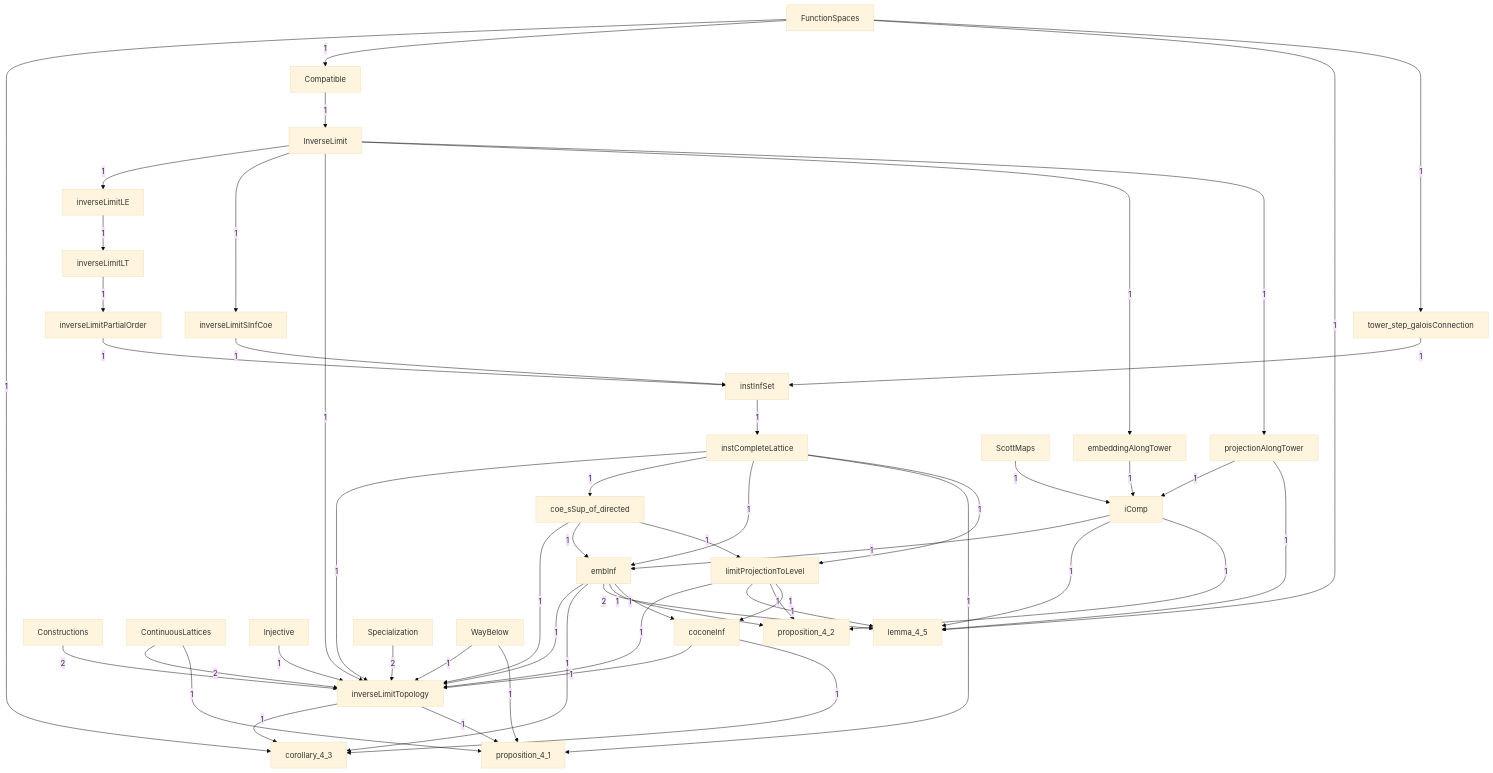
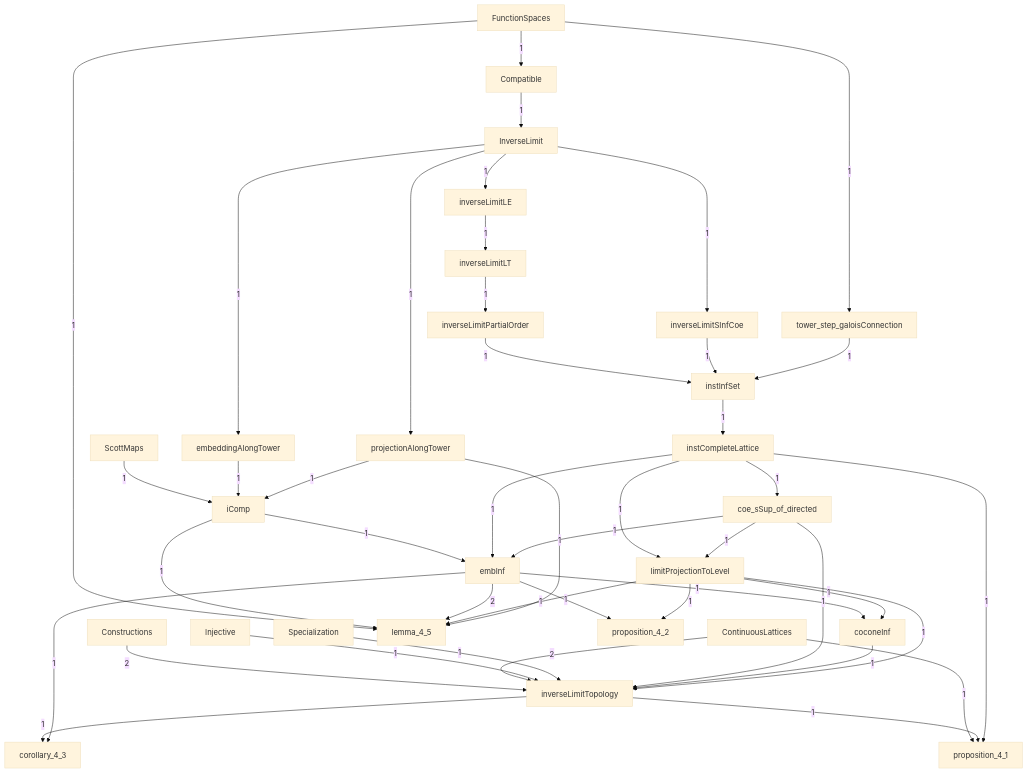
The diagram in DomainTheory/ContinuousLattice/InverseLimits/InverseLimits.mermaid (catskillsresearch/DomainTheory), drawn with Mermaid (base theme) before and after one commit. The commit also changed 156 other files, not shown here.

```diff
--- a/DomainTheory/ContinuousLattice/InverseLimits/InverseLimits.mermaid
+++ b/DomainTheory/ContinuousLattice/InverseLimits/InverseLimits.mermaid
@@ -1,88 +1,79 @@
 %% Inside InverseLimits. A box is one Lean file in this folder, or one subfolder.
 %% A box named as another folder is that whole folder. A box named as another chapter is that whole chapter.
 %% The arrowhead points at the file or folder that imports. The label is how many direct imports.
 flowchart TB
 
   N9["coconeInf"]
   N59["coe_sSup_of_directed"]
   N7["Compatible"]
   N0["Constructions"]
   N1["ContinuousLattices"]
   N69["corollary_4_3"]
   embeddingAlongTower["embeddingAlongTower"]
   N61["embInf"]
   N2["FunctionSpaces"]
   N34["iComp"]
   N3["Injective"]
   N58["instCompleteLattice"]
   instInfSet["instInfSet"]
   N8["InverseLimit"]
   N19["inverseLimitLE"]
   N23["inverseLimitLT"]
   N25["inverseLimitPartialOrder"]
   N26["inverseLimitSInfCoe"]
   N27["inverseLimitTopology"]
   N75["lemma_4_5"]
   limitProjectionToLevel["limitProjectionToLevel"]
   projectionAlongTower["projectionAlongTower"]
   N77["proposition_4_1"]
   N78["proposition_4_2"]
   N4["ScottMaps"]
   N5["Specialization"]
   tower_step_galoisConnection["tower_step_galoisConnection"]
-  N6["WayBelow"]
 
   N8 -->|"1"| N19
   N19 -->|"1"| N23
   N23 -->|"1"| N25
   N8 -->|"1"| N26
   N0 -->|"2"| N27
   N1 -->|"2"| N27
   N3 -->|"1"| N27
-  N5 -->|"2"| N27
-  N58 -->|"1"| N27
+  N5 -->|"1"| N27
   N59 -->|"1"| N27
-  N6 -->|"1"| N27
-  N61 -->|"1"| N27
-  N8 -->|"1"| N27
   N9 -->|"1"| N27
   limitProjectionToLevel -->|"1"| N27
   N4 -->|"1"| N34
   embeddingAlongTower -->|"1"| N34
   projectionAlongTower -->|"1"| N34
   instInfSet -->|"1"| N58
   N58 -->|"1"| N59
   N34 -->|"1"| N61
   N58 -->|"1"| N61
   N59 -->|"1"| N61
-  N2 -->|"1"| N69
   N27 -->|"1"| N69
   N61 -->|"1"| N69
-  N9 -->|"1"| N69
   N2 -->|"1"| N7
   N2 -->|"1"| N75
   N34 -->|"1"| N75
   N61 -->|"2"| N75
   limitProjectionToLevel -->|"1"| N75
   projectionAlongTower -->|"1"| N75
   N1 -->|"1"| N77
   N27 -->|"1"| N77
   N58 -->|"1"| N77
-  N6 -->|"1"| N77
-  N34 -->|"1"| N78
   N61 -->|"1"| N78
   limitProjectionToLevel -->|"1"| N78
   N7 -->|"1"| N8
   N61 -->|"1"| N9
   limitProjectionToLevel -->|"1"| N9
   N8 -->|"1"| embeddingAlongTower
   N25 -->|"1"| instInfSet
   N26 -->|"1"| instInfSet
   tower_step_galoisConnection -->|"1"| instInfSet
   N58 -->|"1"| limitProjectionToLevel
   N59 -->|"1"| limitProjectionToLevel
   N8 -->|"1"| projectionAlongTower
   N2 -->|"1"| tower_step_galoisConnection
 
   classDef file fill:#dbeafe,stroke:#1d4ed8,color:#1e3a8a
   classDef ext fill:#f3f4f6,stroke:#374151,color:#111827
```
